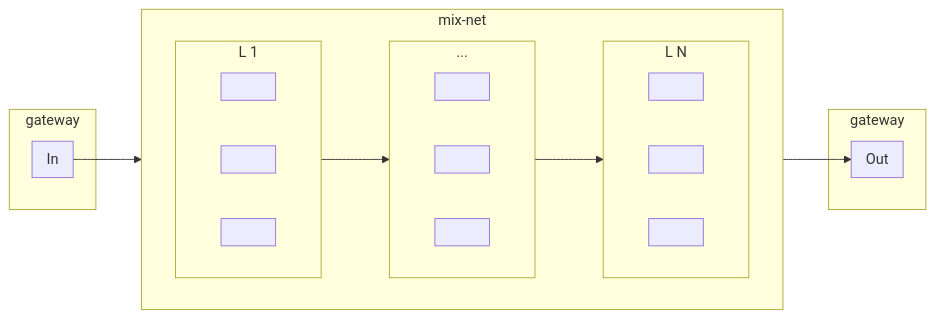
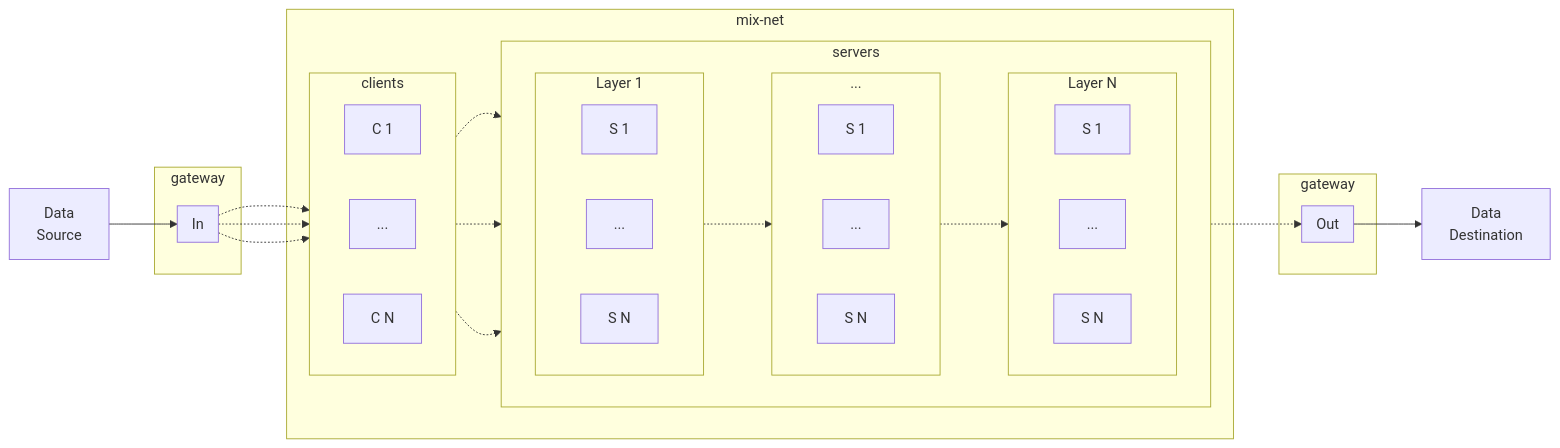
One commit to xendarboh/bmrng changed the diagram in docs/README.md. Above: the diagram before and after it, drawn with Mermaid. The commit also changed other lines of this file, not shown here.

Commit message:
docs(architecture): update data flow diagram, add mix-net component descriptions

````diff
--- a/docs/README.md
+++ b/docs/README.md
@@ -12,40 +9,58 @@
 ```mermaid
+%%{init: {'theme': 'neutral', flowchart' : {'curve' : 'linear'}}}%%
 flowchart LR
     subgraph mixnet ["mix-net"]
-    direction LR
+        subgraph servers ["servers"]
+            direction LR
 
-    subgraph L1 ["L 1"]
-        direction LR
-        X[" "]
-        Y[" "]
-        Z[" "]
+            subgraph L1 ["Layer 1"]
+                direction LR
+                X["S 1"]
+                Y["..."]
+                Z["S N"]
+            end
+
+            subgraph L2 ["..."]
+                direction LR
+                X1["S 1"]
+                Y1["..."]
+                Z1["S N"]
+            end
+
+            subgraph L3 ["Layer N"]
+                direction LR
+                X2["S 1"]
+                Y2["..."]
+                Z2["S N"]
+            end
+
+            L1 -.-> L2 -.-> L3
+        end
+
+        subgraph clients ["clients"]
+            direction LR
+            C1["C 1"]
+            C2["..."]
+            C3["C N"]
+        end
     end
 
-    subgraph L2 ["..."]
-        direction LR
-        X1[" "]
-        Y1[" "]
-        Z1[" "]
+    subgraph gateway1 ["gateway"]
+        subgraph proxyIn ["In"]
+        end
     end
 
-    subgraph L3 ["L N"]
-        direction LR
-        X2[" "]
-        Y2[" "]
-        Z2[" "]
+    subgraph gateway2 ["gateway"]
+        subgraph proxyOut ["Out"]
+        end
     end
-end
 
-subgraph gateway1 ["gateway"]
-    subgraph proxyIn ["In"]
-    end
-end
+    proxyIn -.-> C1 -.-> servers
+    proxyIn -.-> C2 -.-> servers
+    proxyIn -.-> C3 -.-> servers
 
-subgraph gateway2 ["gateway"]
-    subgraph proxyOut ["Out"]
-    end
-end
+    servers -.-> proxyOut
 
-L1 --> L2 --> L3
-proxyIn --> mixnet --> proxyOut
+    src["Data<br>Source"] --> proxyIn
+    proxyOut --> dest["Data<br>Destination"]
 ```
````
